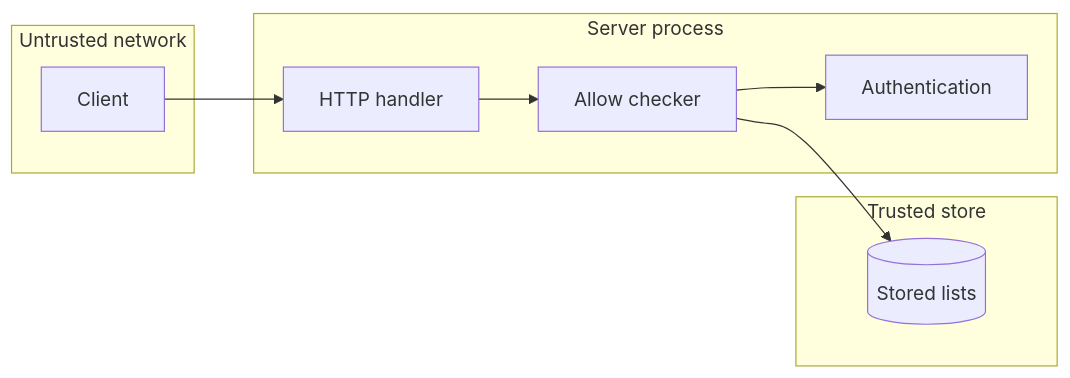
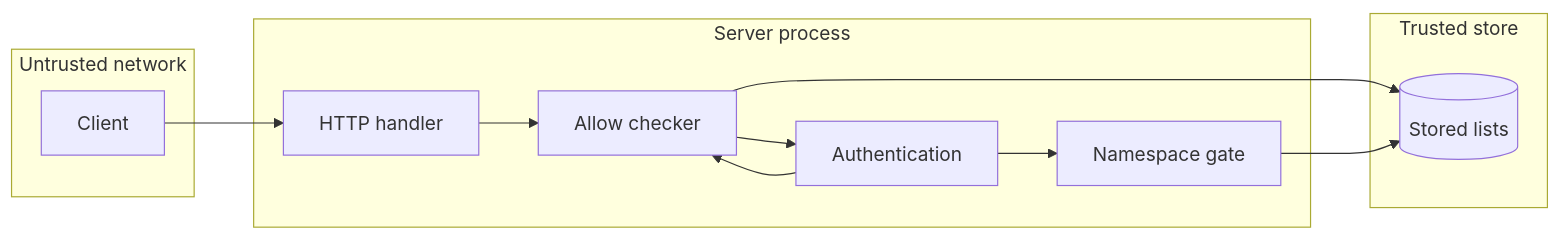
One commit to OpenDustpan/OpenDustpan changed the diagram in openspec/changes/ip-allowlists/design.md. Above: the diagram before and after it, drawn with Mermaid. The commit also changed other lines of this file and 3 other files, not shown here.

````diff
--- a/openspec/changes/ip-allowlists/design.md
+++ b/openspec/changes/ip-allowlists/design.md
@@ -37,18 +101,22 @@
 ```mermaid
 flowchart LR
  subgraph Outside[Untrusted network]
  C[Client]
  end
  subgraph Server[Server process]
  H[HTTP handler]
  K[Allow checker]
  A[Authentication]
+ G[Namespace gate]
  end
  subgraph Store[Trusted store]
  S[(Stored lists)]
  end
  C --> H
  H --> K
  K --> S
  K --> A
+ A --> K
+ A --> G
+ G --> S
 ```
````
